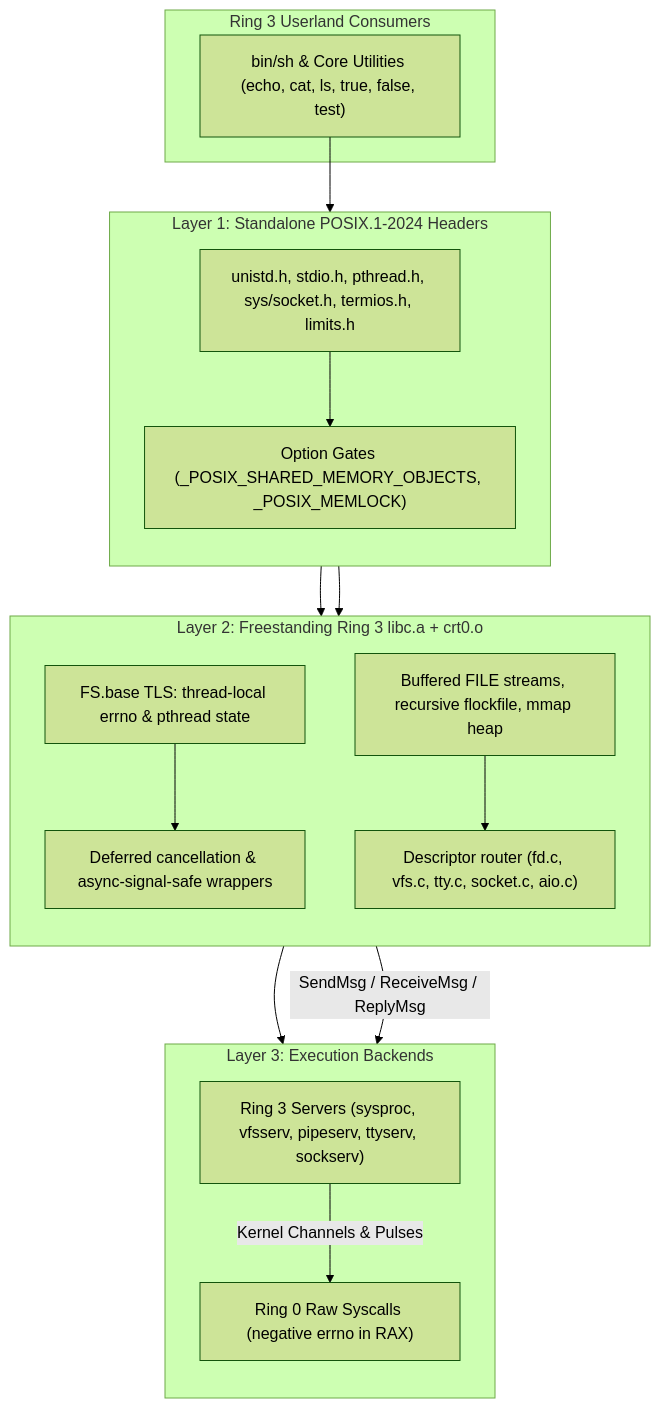
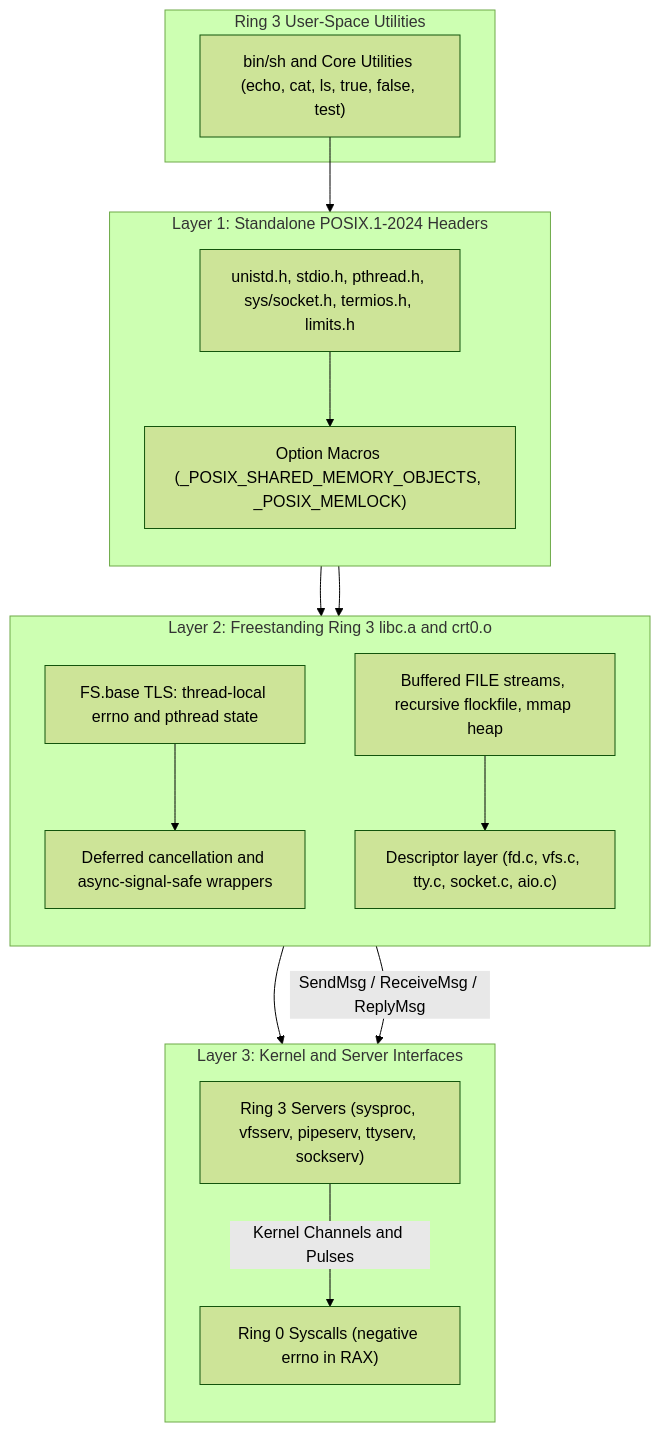
The diagram in docs/30-architecture/libc.md (Deniz-Eren/microkernel), drawn with Mermaid (forest theme) before and after one commit. The commit also changed other lines of this file and 151 other files, not shown here.

````diff
--- a/docs/30-architecture/libc.md
+++ b/docs/30-architecture/libc.md
@@ -22,36 +22,36 @@
 ```mermaid
 flowchart TD
-    subgraph L0["Ring 3 Userland Consumers"]
-        SH["bin/sh & Core Utilities (echo, cat, ls, true, false, test)"]
+    subgraph L0["Ring 3 User-Space Utilities"]
+        SH["bin/sh and Core Utilities (echo, cat, ls, true, false, test)"]
     end
 
     subgraph L1["Layer 1: Standalone POSIX.1-2024 Headers"]
         direction TB
         HDR["unistd.h, stdio.h, pthread.h, sys/socket.h, termios.h, limits.h"]
-        OPT["Option Gates (_POSIX_SHARED_MEMORY_OBJECTS, _POSIX_MEMLOCK)"]
+        OPT["Option Macros (_POSIX_SHARED_MEMORY_OBJECTS, _POSIX_MEMLOCK)"]
         HDR --> OPT
     end
 
-    subgraph L2["Layer 2: Freestanding Ring 3 libc.a + crt0.o"]
+    subgraph L2["Layer 2: Freestanding Ring 3 libc.a and crt0.o"]
         direction TB
-        TLS["FS.base TLS: thread-local errno & pthread state"]
+        TLS["FS.base TLS: thread-local errno and pthread state"]
         STDIO["Buffered FILE streams, recursive flockfile, mmap heap"]
-        CANCEL["Deferred cancellation & async-signal-safe wrappers"]
-        ROUTER["Descriptor router (fd.c, vfs.c, tty.c, socket.c, aio.c)"]
+        CANCEL["Deferred cancellation and async-signal-safe wrappers"]
+        ROUTER["Descriptor layer (fd.c, vfs.c, tty.c, socket.c, aio.c)"]
         TLS --> CANCEL
         STDIO --> ROUTER
     end
 
-    subgraph L3["Layer 3: Execution Backends"]
+    subgraph L3["Layer 3: Kernel and Server Interfaces"]
         direction TB
-        RAW["Ring 0 Raw Syscalls (negative errno in RAX)"]
+        RAW["Ring 0 Syscalls (negative errno in RAX)"]
         SRVS["Ring 3 Servers (sysproc, vfsserv, pipeserv, ttyserv, sockserv)"]
     end
 
     SH --> HDR
     OPT --> TLS
     OPT --> STDIO
     CANCEL --> RAW
     ROUTER -->|"SendMsg / ReceiveMsg / ReplyMsg"| SRVS
-    SRVS -->|"Kernel Channels & Pulses"| RAW
+    SRVS -->|"Kernel Channels and Pulses"| RAW
 ```
````
